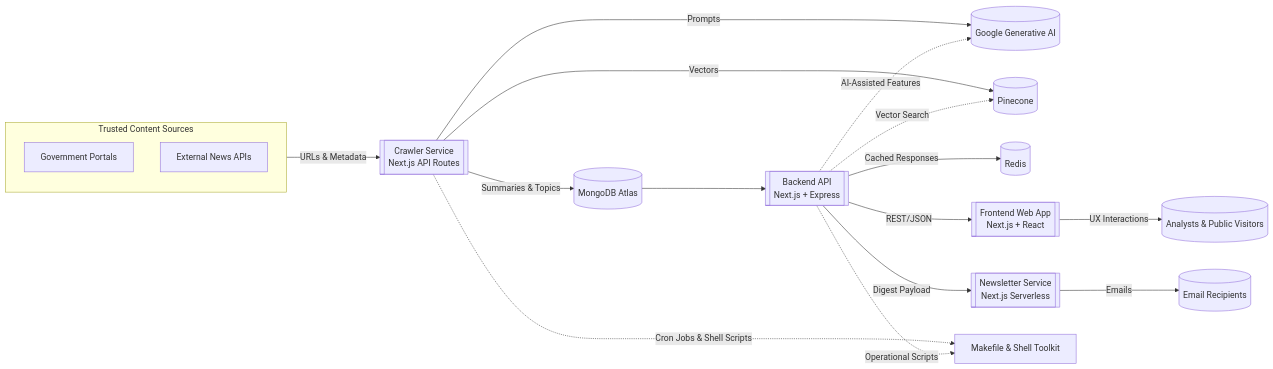
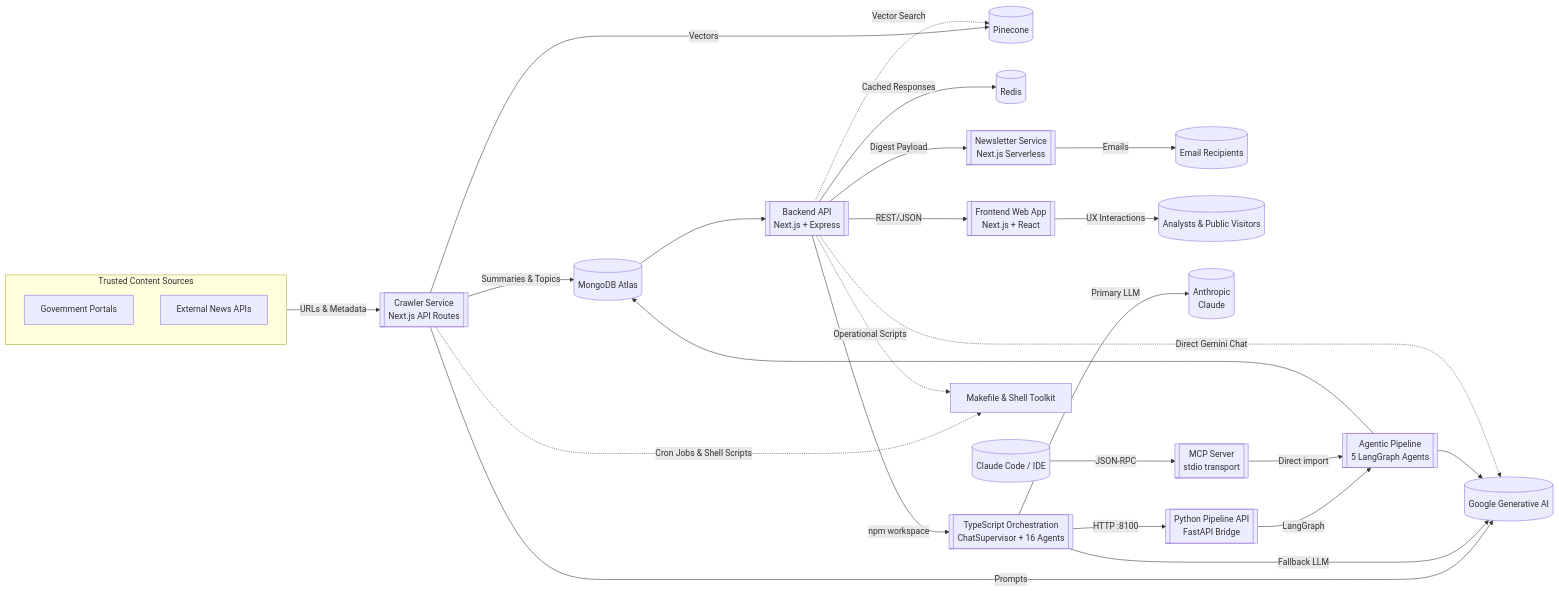
The first of 21 diagrams in ARCHITECTURE.md (hoangsonww/AI-Gov-Content-Curator), drawn with Mermaid before and after one commit. The commit also changed other lines of this file and 14 other files, not shown here.

Commit message:
feat: implement orchestrated chat controller with article processing and dual-provider LLM integration

````diff
--- a/ARCHITECTURE.md
+++ b/ARCHITECTURE.md
@@ -105,24 +105,35 @@
 ```mermaid
 flowchart LR
     subgraph Sources[Trusted Content Sources]
         GovSites[Government Portals]
         NewsAPIs[External News APIs]
     end
 
     Sources -->|URLs & Metadata| Crawler
     Crawler[[Crawler Service<br/>Next.js API Routes]] -->|Summaries & Topics| MongoDB[(MongoDB Atlas)]
     Crawler -->|Prompts| GoogleAI[(Google Generative AI)]
     Crawler -->|Vectors| Pinecone[(Pinecone)]
 
     MongoDB --> Backend[[Backend API<br/>Next.js + Express]]
     Backend -->|Cached Responses| Redis[(Redis)]
     Backend -->|REST/JSON| Frontend[[Frontend Web App<br/>Next.js + React]]
     Backend -->|Digest Payload| Newsletter[[Newsletter Service<br/>Next.js Serverless]]
     Newsletter -->|Emails| Subscribers[(Email Recipients)]
     Frontend -->|UX Interactions| Users[(Analysts & Public Visitors)]
 
+    Backend -->|npm workspace| Orchestration[[TypeScript Orchestration<br/>ChatSupervisor + 16 Agents]]
+    Orchestration -->|Primary LLM| Anthropic[(Anthropic<br/>Claude)]
+    Orchestration -->|Fallback LLM| GoogleAI
+    Orchestration -->|HTTP :8100| PipelineAPI[[Python Pipeline API<br/>FastAPI Bridge]]
+    PipelineAPI -->|LangGraph| AgenticPipeline[[Agentic Pipeline<br/>5 LangGraph Agents]]
+    AgenticPipeline --> MongoDB
+    AgenticPipeline --> GoogleAI
+
+    MCP[[MCP Server<br/>stdio transport]] -->|Direct import| AgenticPipeline
+    IDE[(Claude Code / IDE)] -->|JSON-RPC| MCP
+
     Crawler -.->|Cron Jobs & Shell Scripts| Automation[Makefile & Shell Toolkit]
     Backend -.->|Operational Scripts| Automation
-    Backend -.->|AI-Assisted Features| GoogleAI
+    Backend -.->|Direct Gemini Chat| GoogleAI
     Backend -.->|Vector Search| Pinecone
 ```
````
